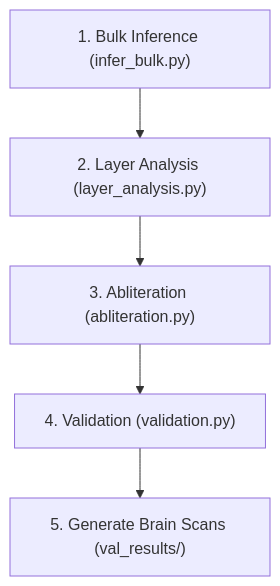
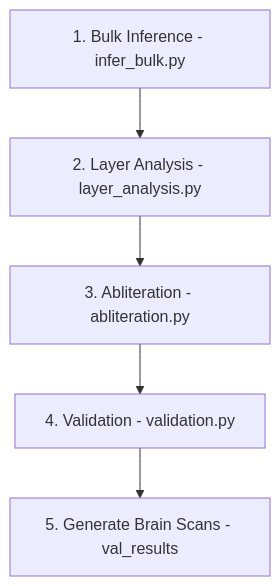
The diagram in README.MD (aloshdenny/janice-stfu), drawn with Mermaid before and after one commit.

Commit message:
Harden README mermaid diagram
Parentheses in flowchart node labels are the most common cause of client-side
mermaid parse failures across versions. The block was syntactically valid and
rendered server-side, but GitHub's viewscreen iframe intermittently showed
'Unable to render rich display'. Replacing the parens (and the trailing slash)
removes the only nonstandard characters in the labels.

````diff
--- a/README.MD
+++ b/README.MD
@@ -55,7 +55,7 @@
 ```mermaid
 flowchart TD
-    A["1. Bulk Inference (infer_bulk.py)"] --> B["2. Layer Analysis (layer_analysis.py)"]
-    B --> C["3. Abliteration (abliteration.py)"]
-    C --> D["4. Validation (validation.py)"]
-    D --> E["5. Generate Brain Scans (val_results/)"]
+    A["1. Bulk Inference - infer_bulk.py"] --> B["2. Layer Analysis - layer_analysis.py"]
+    B --> C["3. Abliteration - abliteration.py"]
+    C --> D["4. Validation - validation.py"]
+    D --> E["5. Generate Brain Scans - val_results"]
 ```
````
